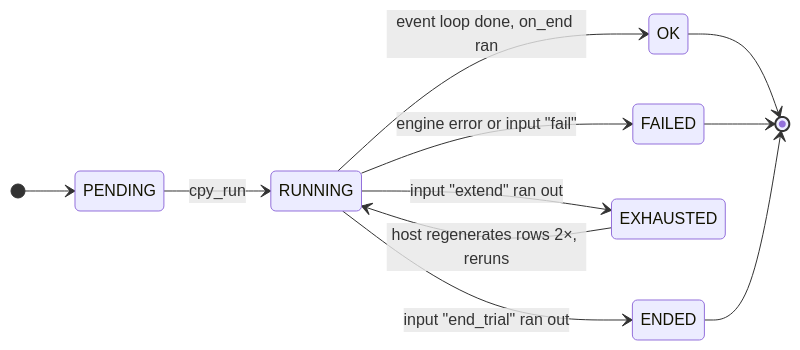
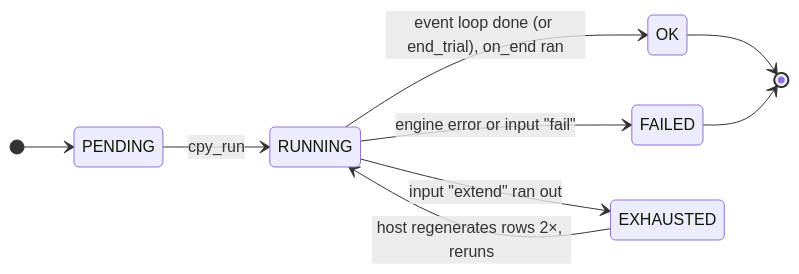
Before and after one commit to FBarrca/cimba_python: the diagram in docs/architecture/native.rst, drawn with Mermaid. The commit also changed other lines of this file and 20 other files, not shown here.

```diff
--- a/docs/architecture/native.rst
+++ b/docs/architecture/native.rst
@@ -84,14 +86,12 @@
 .. mermaid::
 
    stateDiagram-v2
      direction LR
      [*] --> PENDING
      PENDING --> RUNNING: cpy_run
-     RUNNING --> OK: event loop done, on_end ran
+     RUNNING --> OK: event loop done (or end_trial), on_end ran
      RUNNING --> FAILED: engine error or input "fail"
      RUNNING --> EXHAUSTED: input "extend" ran out
-     RUNNING --> ENDED: input "end_trial" ran out
      EXHAUSTED --> RUNNING: host regenerates rows 2×, reruns
      OK --> [*]
      FAILED --> [*]
-     ENDED --> [*]
```
